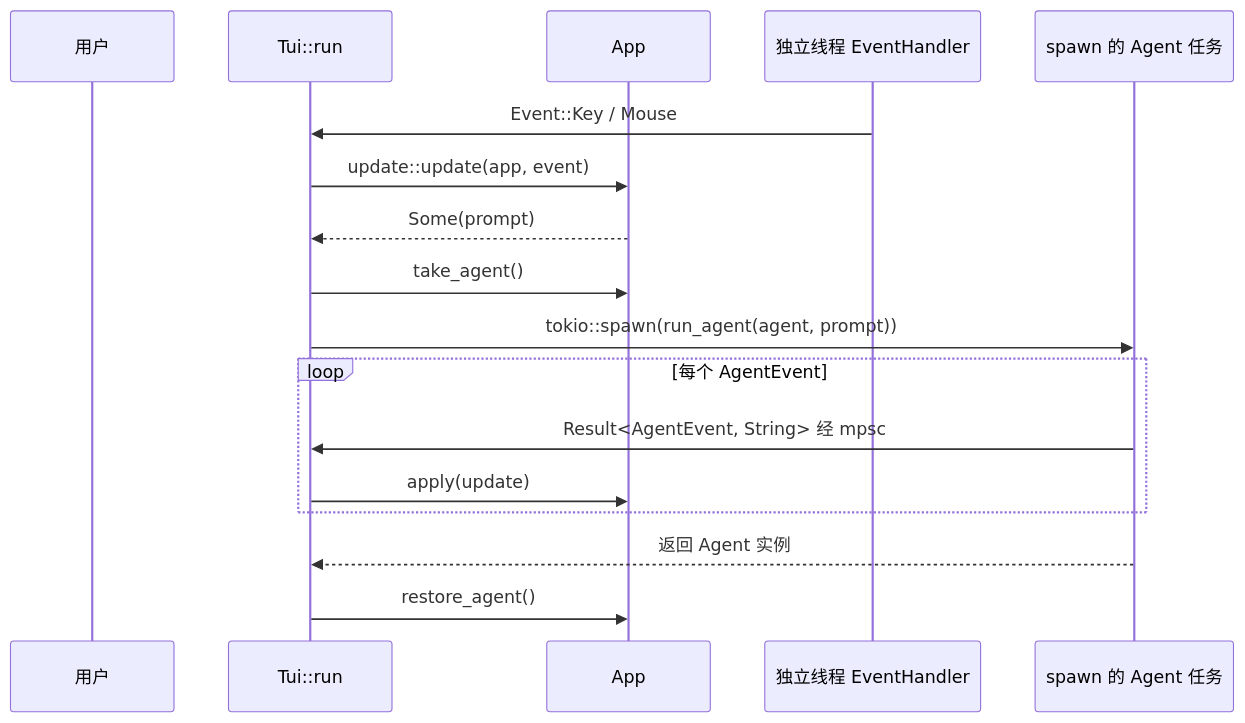
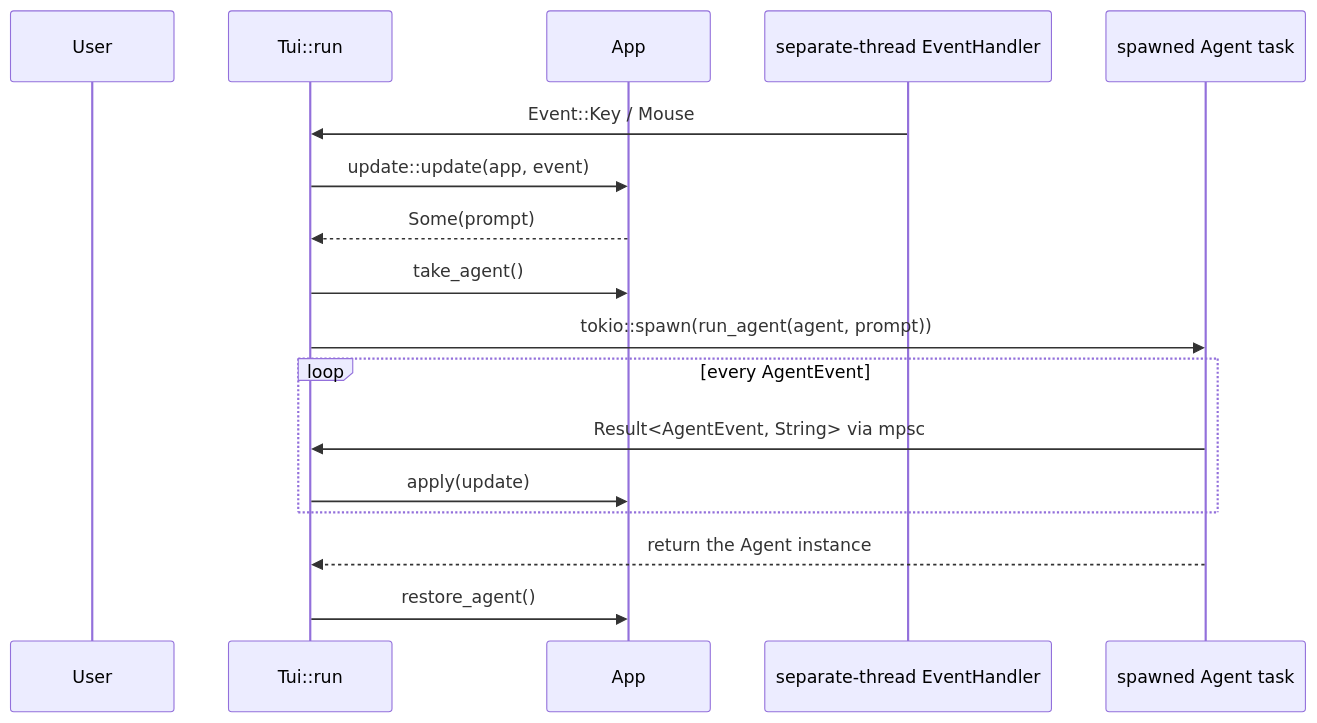
One commit to Seann0824/Shirley changed the eighth of 9 diagrams in docs/architecture.md. Above: the diagram before and after it, drawn with Mermaid. The commit also changed other lines of this file and 131 other files, not shown here.

````diff
--- a/docs/architecture.md
+++ b/docs/architecture.md
@@ -169,20 +169,20 @@
 ```mermaid
 sequenceDiagram
-    participant U as 用户
+    participant U as User
     participant T as Tui::run
     participant A as App
-    participant W as 独立线程 EventHandler
-    participant K as spawn 的 Agent 任务
+    participant W as separate-thread EventHandler
+    participant K as spawned Agent task
 
     W->>T: Event::Key / Mouse
     T->>A: update::update(app, event)
     A-->>T: Some(prompt)
     T->>A: take_agent()
     T->>K: tokio::spawn(run_agent(agent, prompt))
-    loop 每个 AgentEvent
-        K->>T: Result<AgentEvent, String> 经 mpsc
+    loop every AgentEvent
+        K->>T: Result<AgentEvent, String> via mpsc
         T->>A: apply(update)
     end
-    K-->>T: 返回 Agent 实例
+    K-->>T: return the Agent instance
     T->>A: restore_agent()
 ```
````
